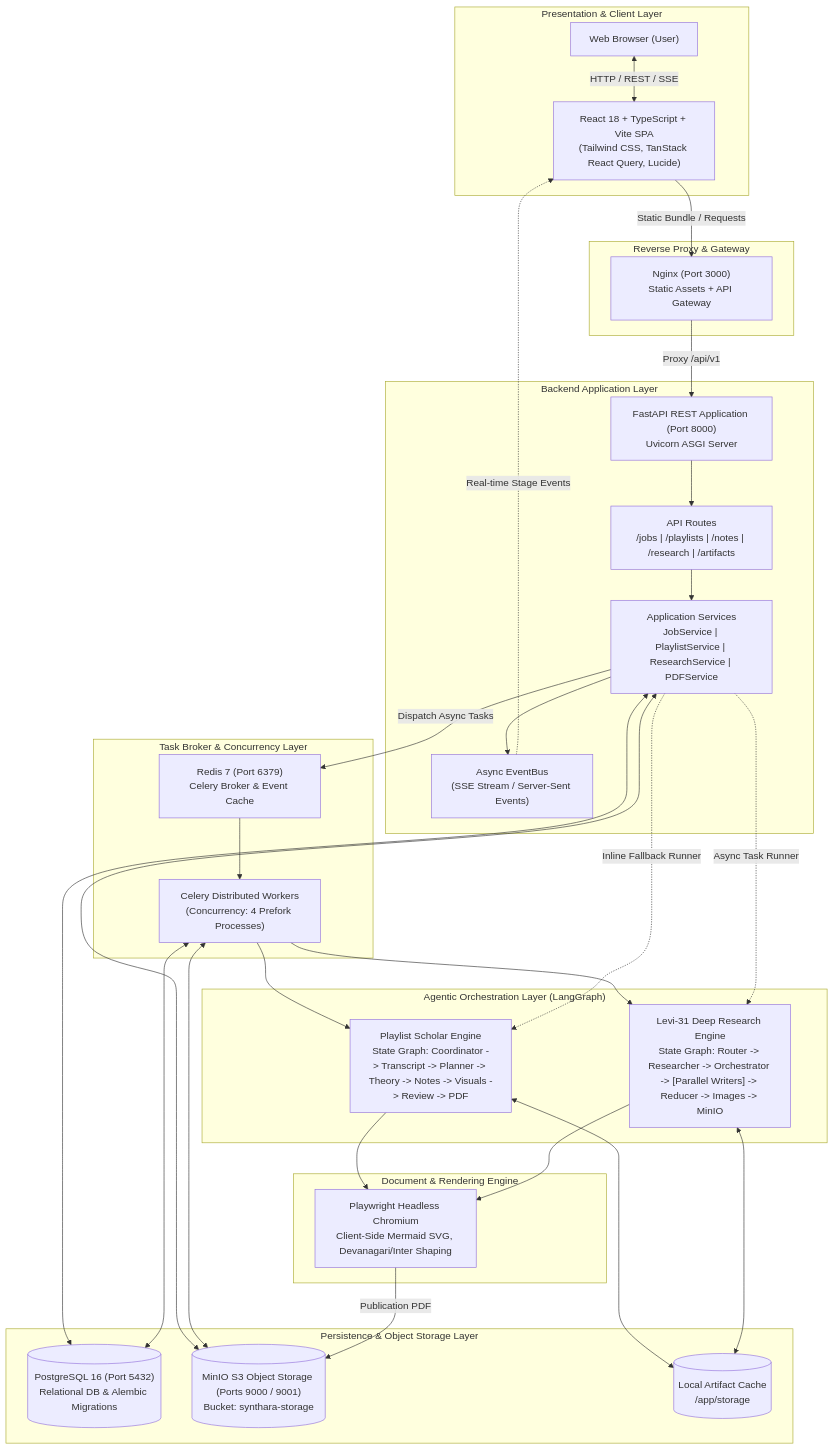
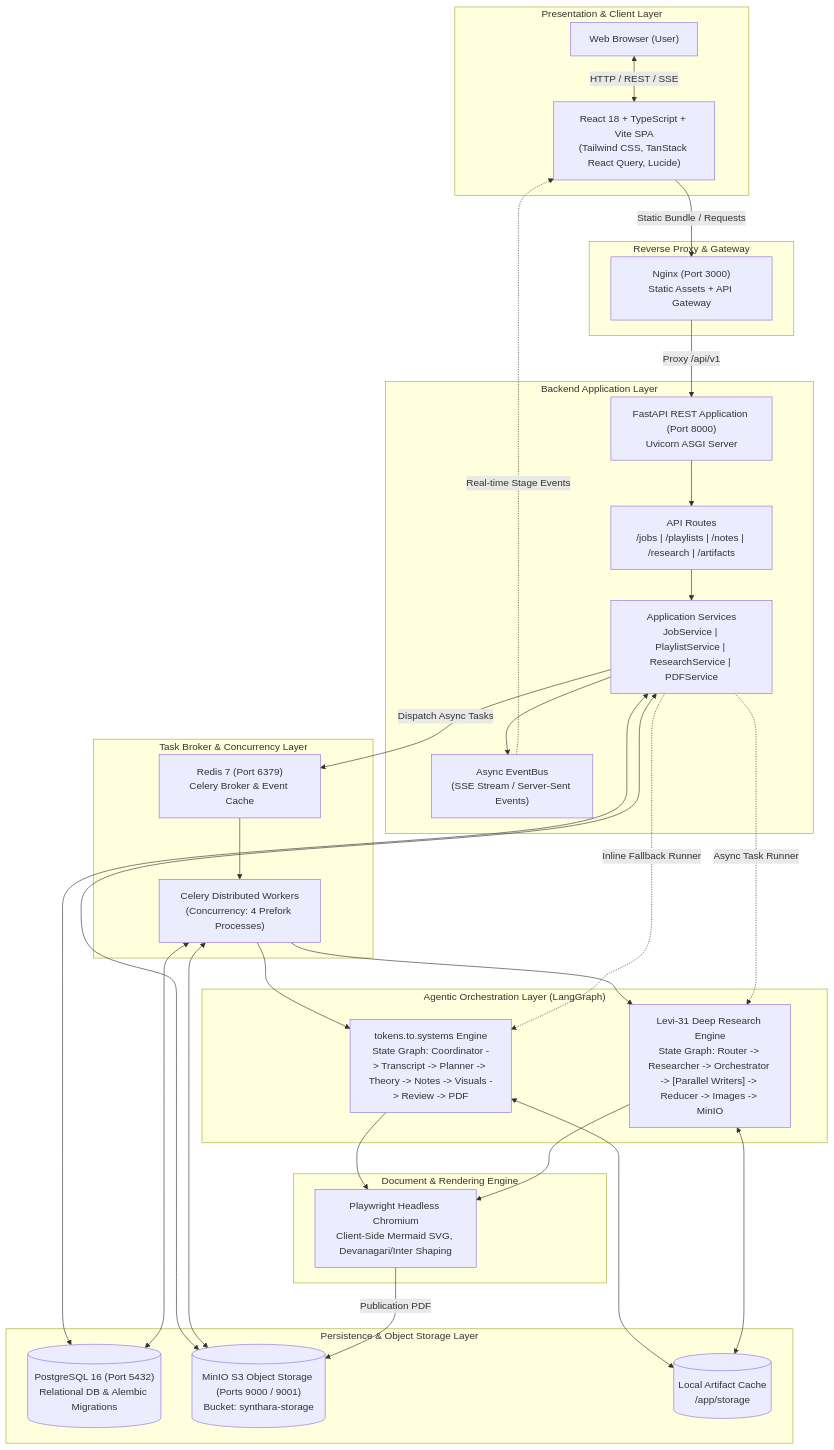
The first of 6 diagrams in architecture.md (Levi-31/EDU-PACK), drawn with Mermaid before and after one commit. The commit also changed other lines of this file and 45 other files, not shown here.

First line of the commit message:
Rebrand to tokens.to.systems and harden research PDF output

````diff
--- a/architecture.md
+++ b/architecture.md
@@ -22,68 +22,68 @@
 ```mermaid
 flowchart TD
     subgraph Clients["Presentation & Client Layer"]
         UserBrowser["Web Browser (User)"]
         SPA["React 18 + TypeScript + Vite SPA\n(Tailwind CSS, TanStack React Query, Lucide)"]
         UserBrowser <-->|HTTP / REST / SSE| SPA
     end
 
     subgraph Edge["Reverse Proxy & Gateway"]
         NginxServer["Nginx (Port 3000)\nStatic Assets + API Gateway"]
         SPA -->|Static Bundle / Requests| NginxServer
     end
 
     subgraph AppServer["Backend Application Layer"]
         FastAPIApp["FastAPI REST Application (Port 8000)\nUvicorn ASGI Server"]
         NginxServer -->|Proxy /api/v1| FastAPIApp
         
         APIRouters["API Routes\n/jobs | /playlists | /notes | /research | /artifacts"]
         FastAPIApp --> APIRouters
         
         ServiceLayer["Application Services\nJobService | PlaylistService | ResearchService | PDFService"]
         APIRouters --> ServiceLayer
         
         EventBus["Async EventBus\n(SSE Stream / Server-Sent Events)"]
         ServiceLayer --> EventBus
         EventBus -.->|Real-time Stage Events| SPA
     end
 
     subgraph MessageQueue["Task Broker & Concurrency Layer"]
         RedisBroker["Redis 7 (Port 6379)\nCelery Broker & Event Cache"]
         CeleryWorker["Celery Distributed Workers\n(Concurrency: 4 Prefork Processes)"]
         
         ServiceLayer -->|Dispatch Async Tasks| RedisBroker
         RedisBroker --> CeleryWorker
     end
 
     subgraph AgenticCore["Agentic Orchestration Layer (LangGraph)"]
-        SubsystemA["Playlist Scholar Engine\nState Graph: Coordinator -> Transcript -> Planner -> Theory -> Notes -> Visuals -> Review -> PDF"]
+        SubsystemA["tokens.to.systems Engine\nState Graph: Coordinator -> Transcript -> Planner -> Theory -> Notes -> Visuals -> Review -> PDF"]
         SubsystemB["Levi-31 Deep Research Engine\nState Graph: Router -> Researcher -> Orchestrator -> [Parallel Writers] -> Reducer -> Images -> MinIO"]
         
         CeleryWorker --> SubsystemA
         CeleryWorker --> SubsystemB
         ServiceLayer -.->|Inline Fallback Runner| SubsystemA
         ServiceLayer -.->|Async Task Runner| SubsystemB
     end
 
     subgraph StorageInfra["Persistence & Object Storage Layer"]
         PostgresDB[("PostgreSQL 16 (Port 5432)\nRelational DB & Alembic Migrations")]
         MinIOStorage[("MinIO S3 Object Storage (Ports 9000 / 9001)\nBucket: synthara-storage")]
         LocalDisk[("Local Artifact Cache\n/app/storage")]
         
         ServiceLayer <--> PostgresDB
         CeleryWorker <--> PostgresDB
         
         ServiceLayer <--> MinIOStorage
         CeleryWorker <--> MinIOStorage
         
         SubsystemA <--> LocalDisk
         SubsystemB <--> LocalDisk
     end
 
     subgraph RenderingEngine["Document & Rendering Engine"]
         PlaywrightEngine["Playwright Headless Chromium\nClient-Side Mermaid SVG, Devanagari/Inter Shaping"]
         SubsystemA --> PlaywrightEngine
         SubsystemB --> PlaywrightEngine
         PlaywrightEngine -->|Publication PDF| MinIOStorage
     end
 ```
````
